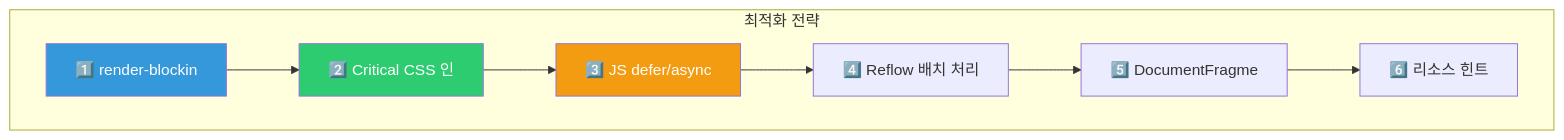
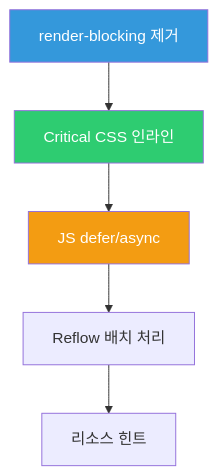
One commit to yjkim2015/yjkim2015.github.io changed the seventh of 8 diagrams in _posts/frontend/2026-05-01-browser-rendering.md. Above: the diagram before and after it, drawn with Mermaid. The commit also changed other lines of this file and 155 other files, not shown here.

First line of the commit message:
Mermaid 전면 수정: subgraph 제거, participant/노드/줄수 축소 (342블록)

````diff
--- a/_posts/frontend/2026-05-01-browser-rendering.md
+++ b/_posts/frontend/2026-05-01-browser-rendering.md
@@ -332,15 +331,10 @@
 ```mermaid
 flowchart TD
-    subgraph "최적화 전략"
-        A["1️⃣ render-blockin"]
-        B["2️⃣ Critical CSS 인"]
-        C["3️⃣ JS defer/async"]
-        D["4️⃣ Reflow 배치 처리"]
-        E["5️⃣ DocumentFragme"]
-        F["6️⃣ 리소스 힌트"]
-    end
-    A --> B --> C --> D --> E --> F
+    A["render-blocking 제거"] --> B["Critical CSS 인라인"]
+    B --> C["JS defer/async"]
+    C --> D["Reflow 배치 처리"]
+    D --> E["리소스 힌트"]
     style A fill:#3498db,color:#fff
     style B fill:#2ecc71,color:#fff
     style C fill:#f39c12,color:#fff
 ```
````
